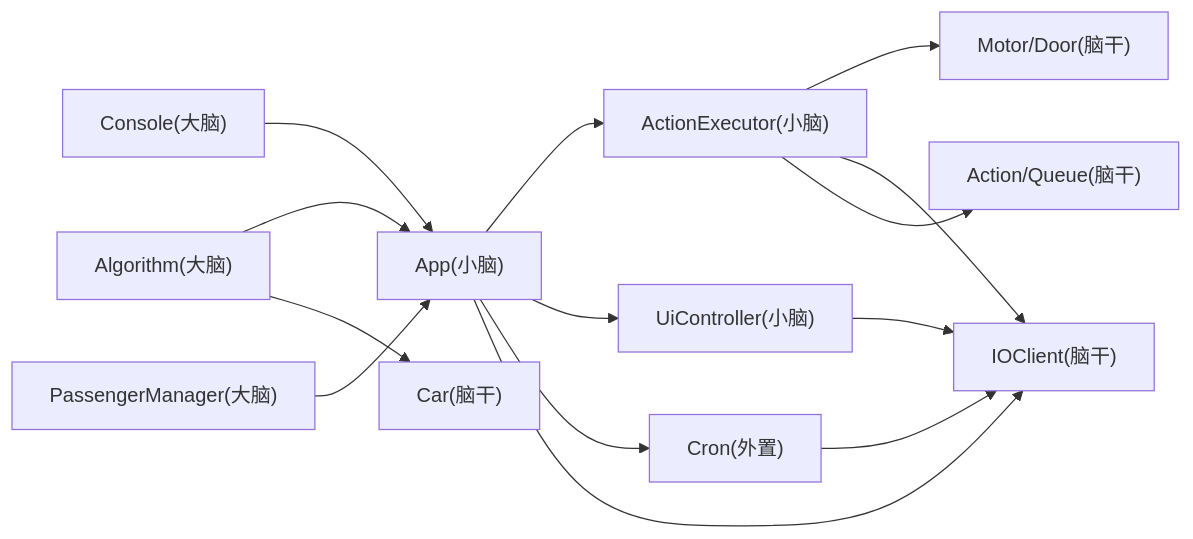
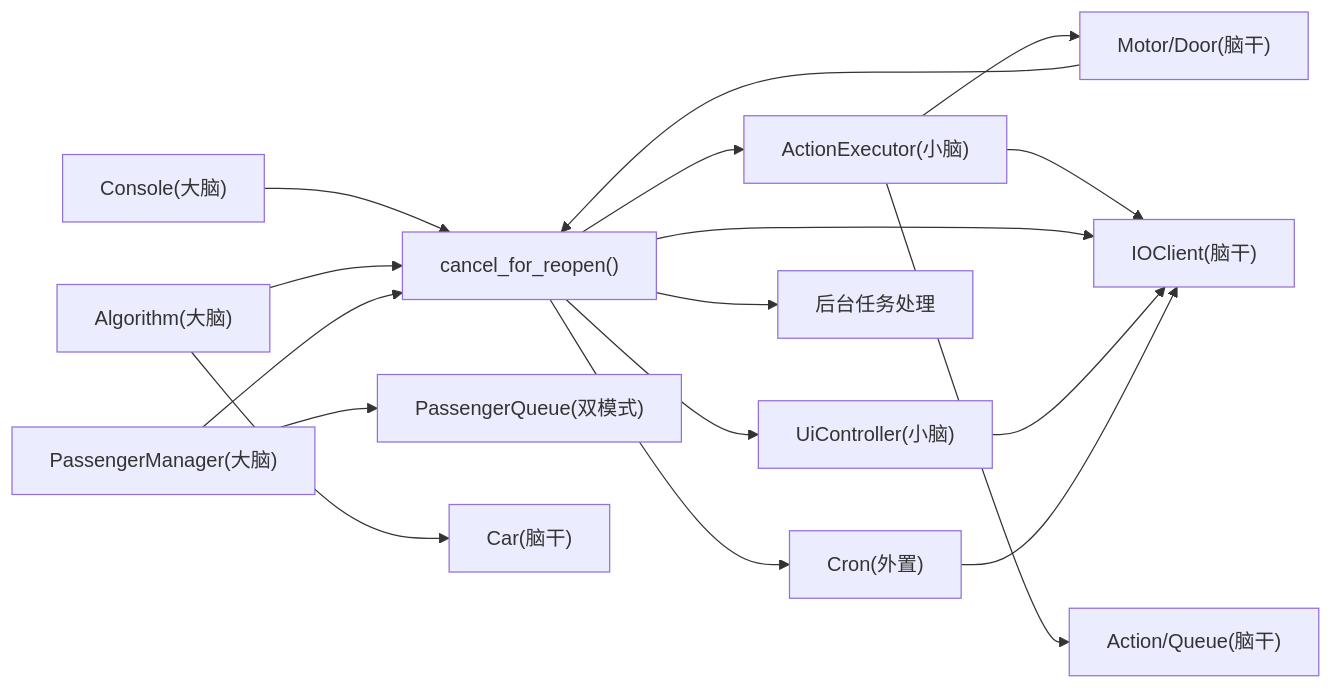
One commit to xmb505/Haku_EET changed the seventh of 7 diagrams in .qoder/repowiki/zh/content/系统架构概览/系统架构概览.md. Above: the diagram before and after it, drawn with Mermaid. The commit also changed other lines of this file and 40 other files, not shown here.

````diff
--- a/.qoder/repowiki/zh/content/系统架构概览/系统架构概览.md
+++ b/.qoder/repowiki/zh/content/系统架构概览/系统架构概览.md
@@ -356,16 +384,19 @@
 ```mermaid
 graph LR
 Console["Console(大脑)"] --> App["App(小脑)"]
 Algorithm["Algorithm(大脑)"] --> App
 Passenger["PassengerManager(大脑)"] --> App
+Passenger --> PassengerQueue["PassengerQueue(双模式)"]
 App --> Executor["ActionExecutor(小脑)"]
 App --> UI["UiController(小脑)"]
 App --> Cron["Cron(外置)"]
+App --> _fire_and_forget["后台任务处理"]
 Executor --> Controllers["Motor/Door(脑干)"]
 Executor --> IO["IOClient(脑干)"]
 App --> IO
 UI --> IO
 Executor --> Actions["Action/Queue(脑干)"]
 Algorithm --> Player["Car(脑干)"]
 Cron --> IO
+Controllers --> App["cancel_for_reopen()"]
 ```
````
